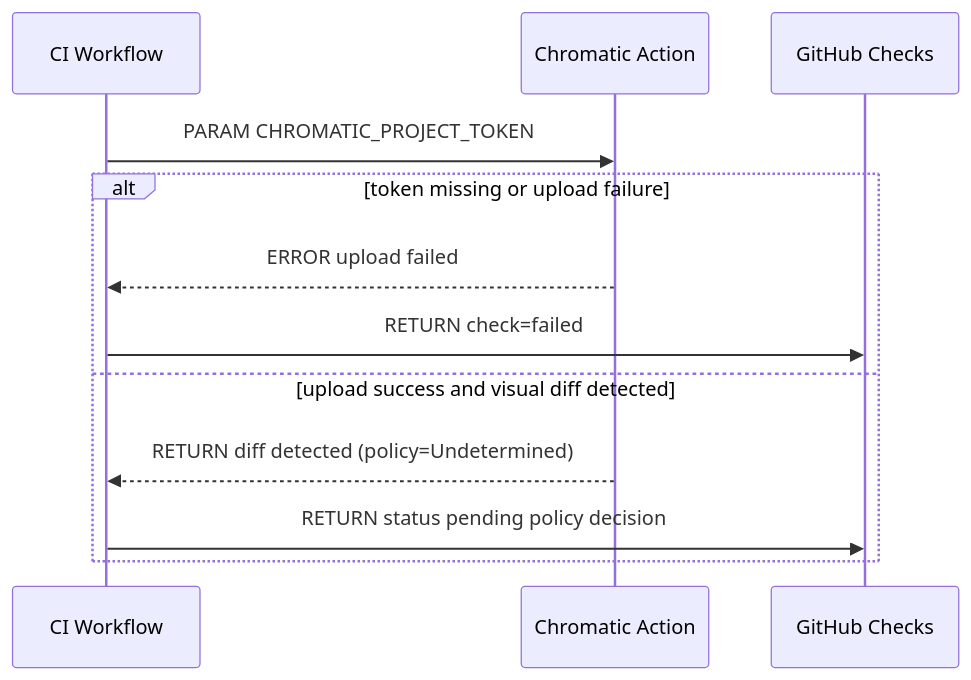
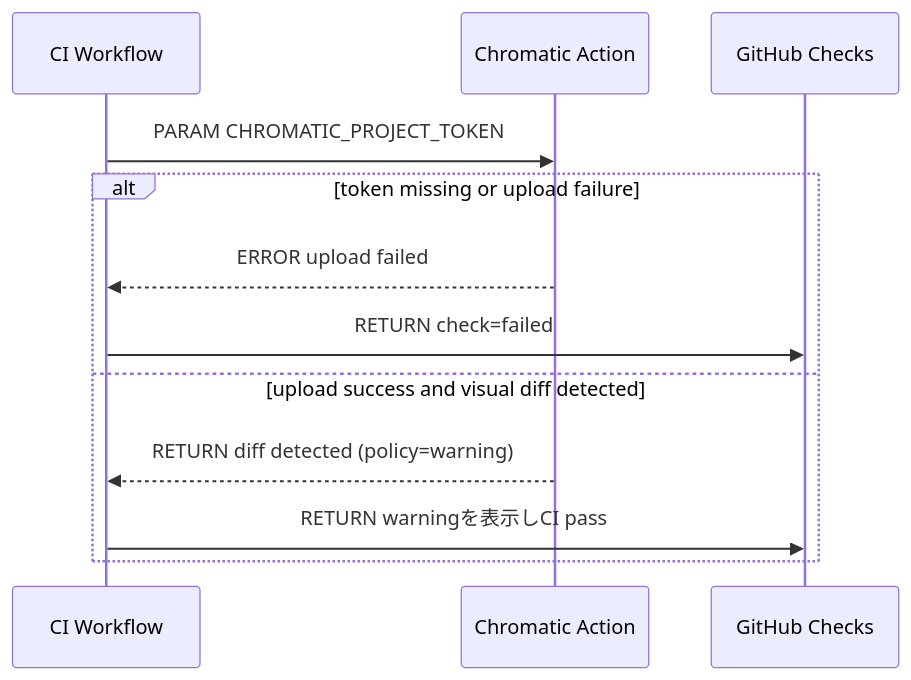
The third of 8 diagrams in .github/copilot/plans/94-storybook-ci-gate.md (LevelCapTech/Agile-PMBOK-Assist), drawn with Mermaid before and after one commit. The commit also changed other lines of this file, not shown here.

````diff
--- a/.github/copilot/plans/94-storybook-ci-gate.md
+++ b/.github/copilot/plans/94-storybook-ci-gate.md
@@ -339,15 +339,15 @@
 ```mermaid
 sequenceDiagram
   participant CI as CI Workflow
   participant CH as Chromatic Action
   participant GH as GitHub Checks
 
   CI->>CH: PARAM CHROMATIC_PROJECT_TOKEN
   alt token missing or upload failure
     CH-->>CI: ERROR upload failed
     CI->>GH: RETURN check=failed
   else upload success and visual diff detected
-    CH-->>CI: RETURN diff detected (policy=Undetermined)
-    CI->>GH: RETURN status pending policy decision
+    CH-->>CI: RETURN diff detected (policy=warning)
+    CI->>GH: RETURN warningを表示しCI pass
   end
 ```
````
